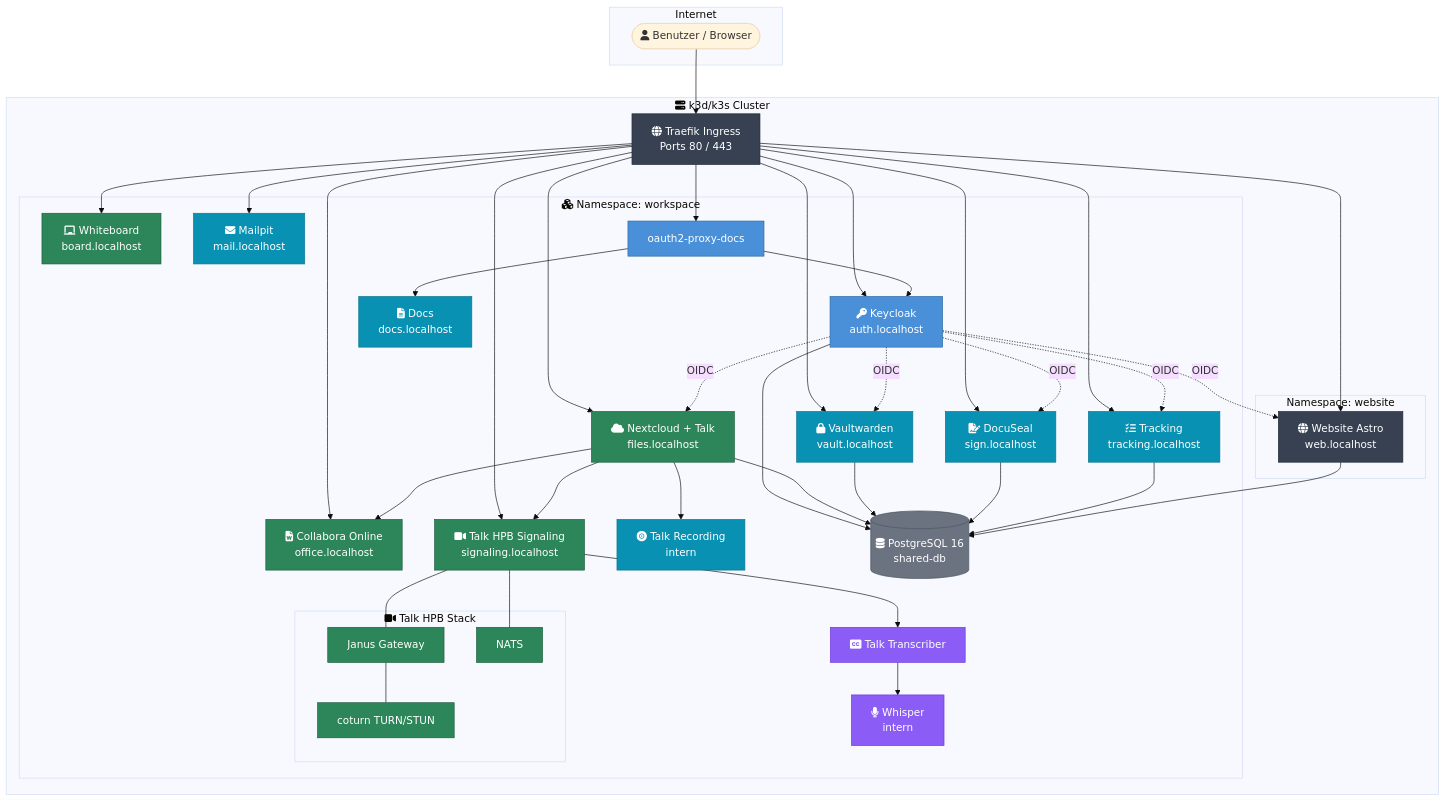
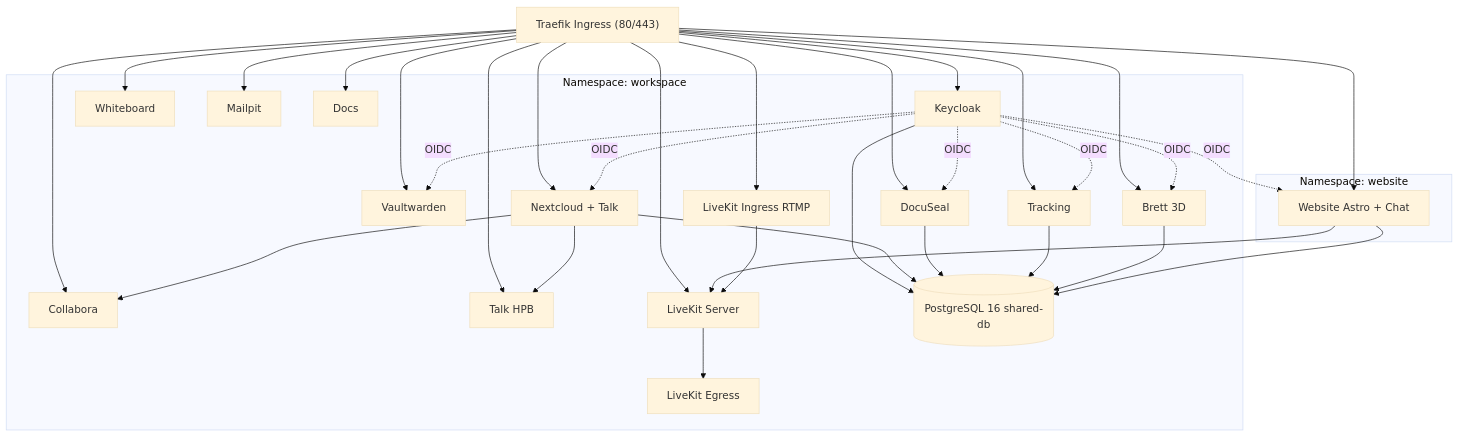
Before and after one commit to Paddione/Bachelorprojekt: the diagram in README.md, drawn with Mermaid (base theme). The commit also changed other lines of this file and 5 other files, not shown here.

````diff
--- a/README.md
+++ b/README.md
@@ -56,71 +57,35 @@
 ```mermaid
 graph TB
-    subgraph Internet
-        User(["fa:fa-user Benutzer / Browser"])
+    Traefik["Traefik Ingress (80/443)"]
+
+    subgraph workspace ["Namespace: workspace"]
+        KC[Keycloak]
+        NC[Nextcloud + Talk]
+        CO[Collabora]
+        HPB[Talk HPB]
+        VW[Vaultwarden]
+        WB[Whiteboard]
+        BRETT[Brett 3D]
+        MP[Mailpit]
+        DOCS[Docs]
+        DS[DocuSeal]
+        TR[Tracking]
+        LK[LiveKit Server]
+        LKI[LiveKit Ingress RTMP]
+        LKE[LiveKit Egress]
+        DB[(PostgreSQL 16 shared-db)]
     end
 
-    subgraph k3d-Cluster ["fa:fa-server k3d/k3s Cluster"]
-        Traefik["fa:fa-globe Traefik Ingress<br/>Ports 80 / 443"]
-
-        subgraph workspace ["fa:fa-cubes Namespace: workspace"]
-            KC["fa:fa-key Keycloak<br/>auth.localhost"]
-            NC["fa:fa-cloud Nextcloud + Talk<br/>files.localhost"]
-            CO["fa:fa-file-word Collabora Online<br/>office.localhost"]
-            HPB["fa:fa-video Talk HPB Signaling<br/>signaling.localhost"]
-            VW["fa:fa-lock Vaultwarden<br/>vault.localhost"]
-            WB["fa:fa-chalkboard Whiteboard<br/>board.localhost"]
-            DS["fa:fa-file-signature DocuSeal<br/>sign.localhost"]
-            TR["fa:fa-list-check Tracking<br/>tracking.localhost"]
-            MP["fa:fa-envelope Mailpit<br/>mail.localhost"]
-            DOCS["fa:fa-file-lines Docs<br/>docs.localhost"]
-            OAUTH2["oauth2-proxy-docs"]
-            WHISPER["fa:fa-microphone Whisper<br/>intern"]
-            REC["fa:fa-record-vinyl Talk Recording<br/>intern"]
-            TRBOT["fa:fa-closed-captioning Talk Transcriber"]
-
-            subgraph HPB-Stack ["fa:fa-video Talk HPB Stack"]
-                JANUS["Janus Gateway"]
-                NATS["NATS"]
-                COTURN["coturn TURN/STUN"]
-            end
-
-            DB[("fa:fa-database PostgreSQL 16<br/>shared-db")]
-        end
-
-        subgraph website-ns ["Namespace: website"]
-            WEB["fa:fa-globe Website Astro<br/>web.localhost"]
-        end
+    subgraph website-ns ["Namespace: website"]
+        WEB[Website Astro + Chat]
     end
 
-    User --> Traefik
-    Traefik --> KC & NC & CO & HPB & VW & WB & DS & TR & MP & WEB
-    Traefik --> OAUTH2
-    OAUTH2 --> DOCS
-
-    KC -. OIDC .-> NC & VW & WEB & DS & TR
-    OAUTH2 --> KC
-
+    Traefik --> KC & NC & CO & HPB & VW & WB & BRETT & MP & DOCS & DS & TR & WEB & LK & LKI
+    KC -. OIDC .-> NC & VW & WEB & DS & TR & BRETT
     NC --> CO
     NC --> HPB
-    NC --> REC
-    HPB --- JANUS & NATS
-    HPB --> TRBOT --> WHISPER
-    JANUS --- COTURN
-
-    KC & NC & VW & DS & TR --> DB
-    WEB --> DB
-
-    classDef identity fill:#4a90d9,color:#fff,stroke:#2d6a9f
-    classDef collab fill:#2d8659,color:#fff,stroke:#1a5c3a
-    classDef ai fill:#8b5cf6,color:#fff,stroke:#6d3ad4
-    classDef data fill:#6b7280,color:#fff,stroke:#4b5563
-    classDef tools fill:#0891b2,color:#fff,stroke:#0e7490
-    classDef infra fill:#374151,color:#fff,stroke:#1f2937
-
-    class KC,OAUTH2 identity
-    class NC,CO,WB,HPB,JANUS,NATS,COTURN collab
-    class WHISPER,TRBOT ai
-    class DB data
-    class VW,MP,DOCS,REC,DS,TR tools
-    class Traefik,WEB infra
+    WEB --> LK
+    LKI --> LK
+    LK --> LKE
+    KC & NC & DS & TR & BRETT & WEB --> DB
 ```
````
